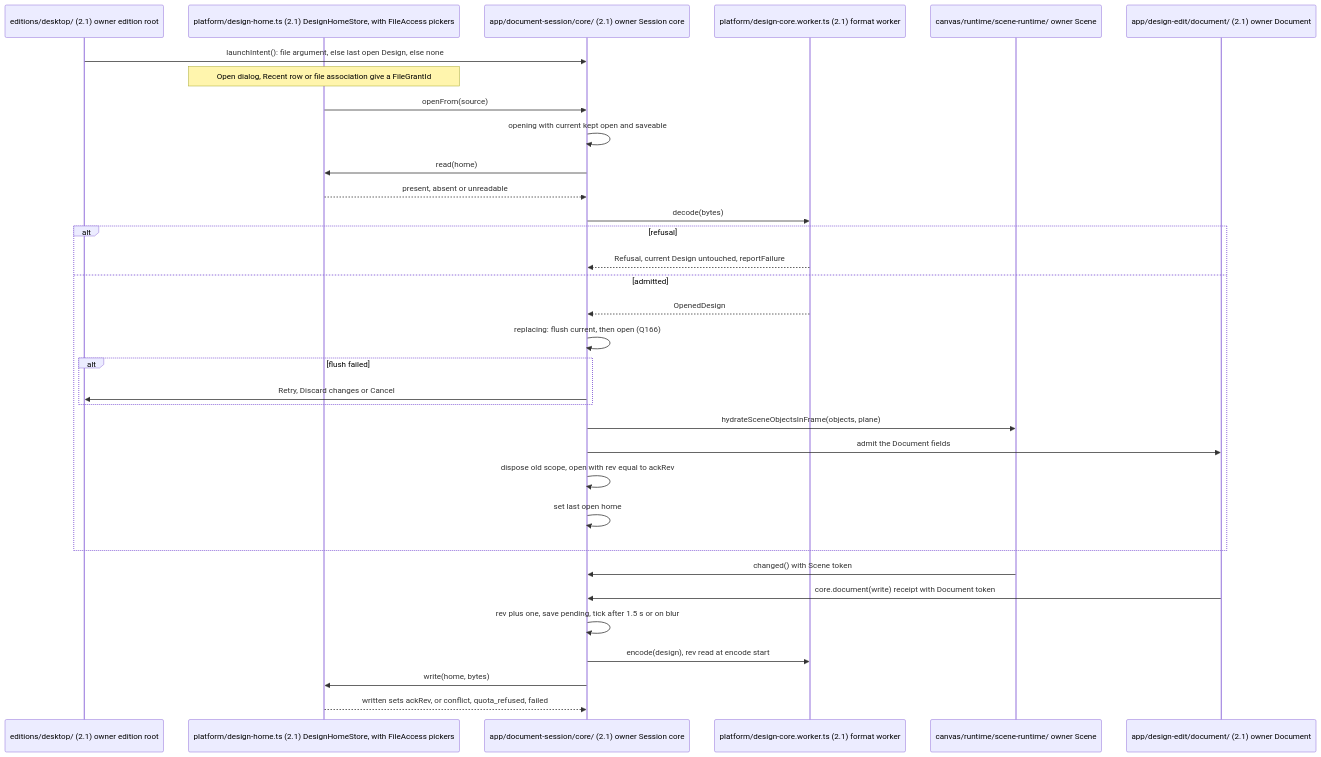
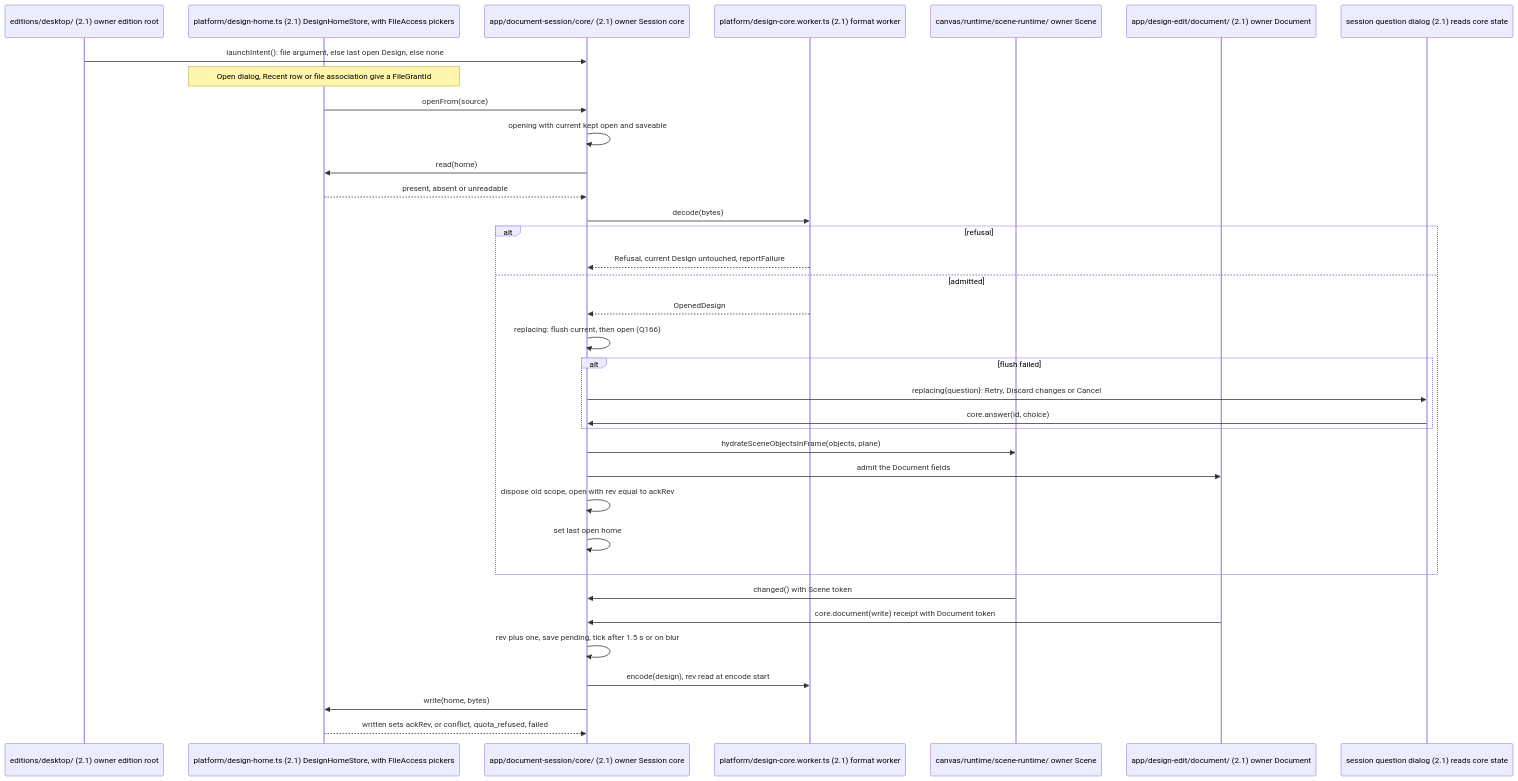
Before and after one commit to opencanopi/canopi: the first of 6 diagrams in docs/architecture/flows-document.md, drawn with Mermaid. The commit also changed 8 other files, not shown here.

````diff
--- a/docs/architecture/flows-document.md
+++ b/docs/architecture/flows-document.md
@@ -10,35 +10,37 @@
 ```mermaid
 sequenceDiagram
   participant Root as editions/desktop/ (2.1) owner edition root
   participant Home as platform/design-home.ts (2.1) DesignHomeStore, with FileAccess pickers
   participant Core as app/document-session/core/ (2.1) owner Session core
   participant Fmt as platform/design-core.worker.ts (2.1) format worker
   participant Scene as canvas/runtime/scene-runtime/ owner Scene
   participant Doc as app/design-edit/document/ (2.1) owner Document
+  participant Ask as session question dialog (2.1) reads core state
   Root->>Core: launchIntent(): file argument, else last open Design, else none
   Note over Home: Open dialog, Recent row or file association give a FileGrantId
   Home->>Core: openFrom(source)
   Core->>Core: opening with current kept open and saveable
   Core->>Home: read(home)
   Home-->>Core: present, absent or unreadable
   Core->>Fmt: decode(bytes)
   alt refusal
     Fmt-->>Core: Refusal, current Design untouched, reportFailure
   else admitted
     Fmt-->>Core: OpenedDesign
     Core->>Core: replacing: flush current, then open (Q166)
     alt flush failed
-      Core->>Root: Retry, Discard changes or Cancel
+      Core->>Ask: replacing{question}: Retry, Discard changes or Cancel
+      Ask->>Core: core.answer(id, choice)
     end
     Core->>Scene: hydrateSceneObjectsInFrame(objects, plane)
     Core->>Doc: admit the Document fields
     Core->>Core: dispose old scope, open with rev equal to ackRev
     Core->>Core: set last open home
   end
   Scene->>Core: changed() with Scene token
   Doc->>Core: core.document(write) receipt with Document token
   Core->>Core: rev plus one, save pending, tick after 1.5 s or on blur
   Core->>Fmt: encode(design), rev read at encode start
   Core->>Home: write(home, bytes)
   Home-->>Core: written sets ackRev, or conflict, quota_refused, failed
 ```
````
